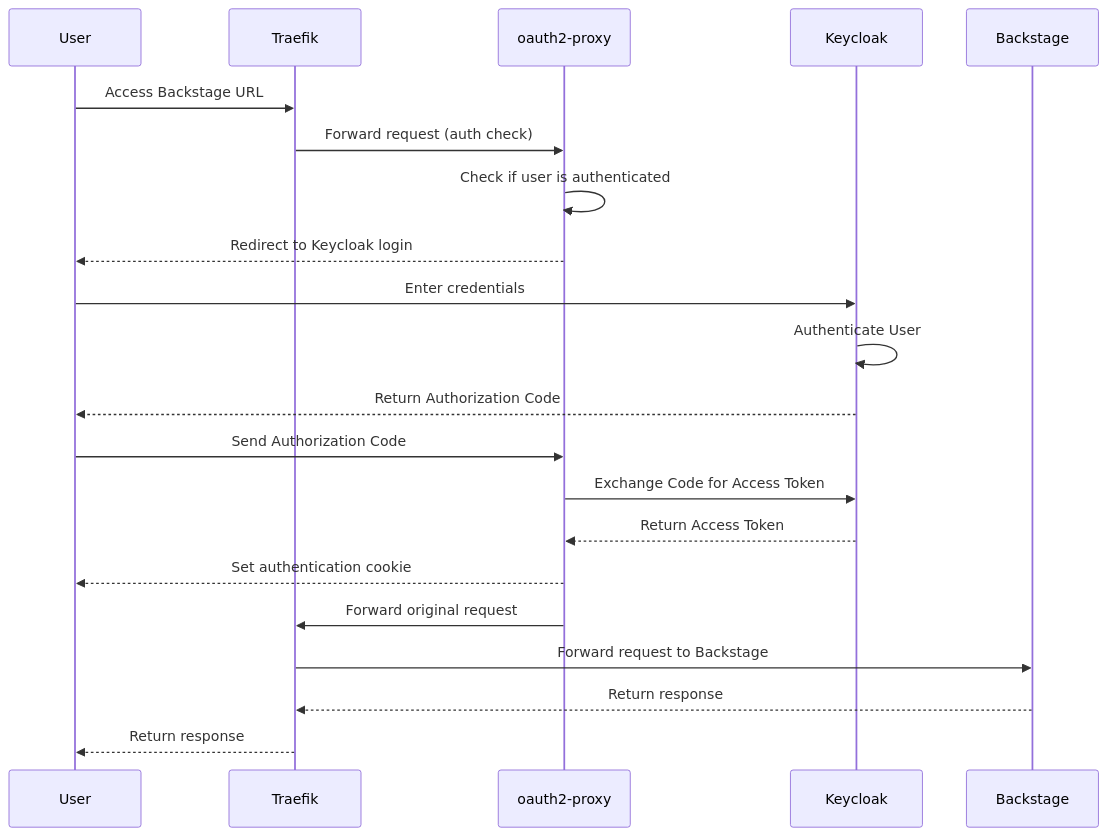
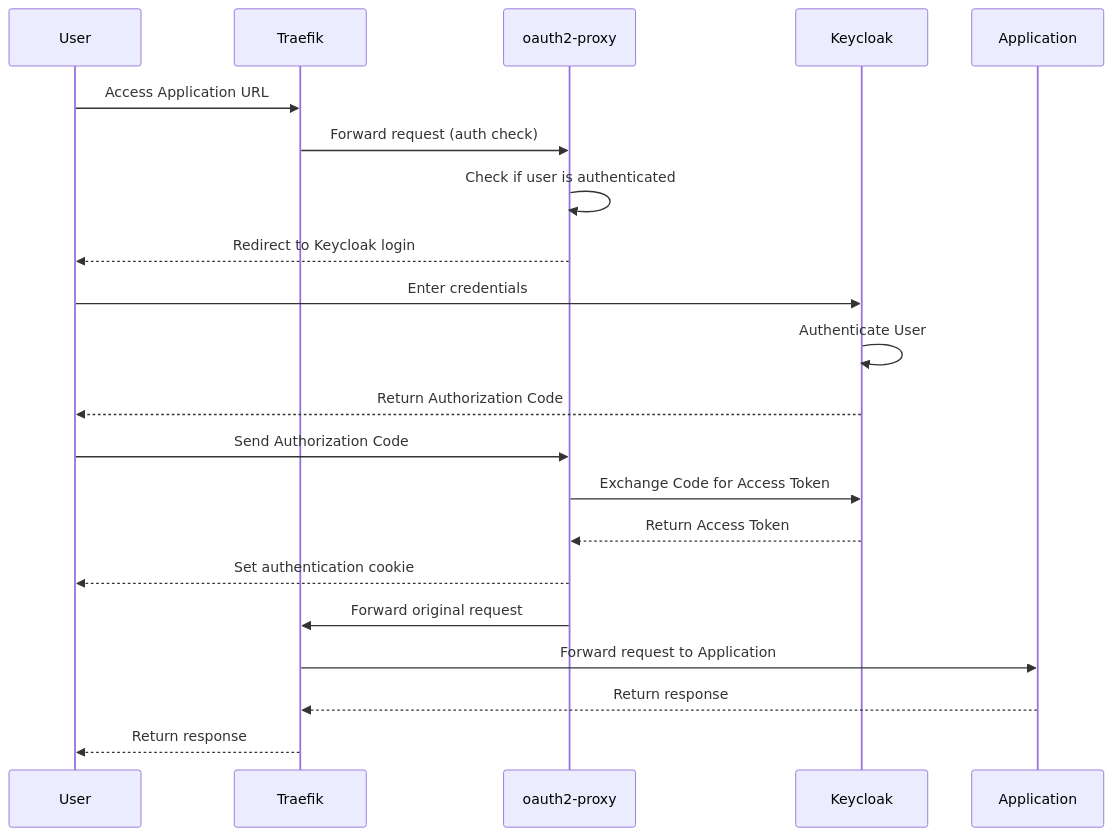
Before and after one commit to xlabs-club/xlabs-club.github.io: the second of 2 diagrams in content/blog/traefik-oauth2-proxy-keycloak/index.md, drawn with Mermaid. The commit also changed other lines of this file and 1 other file, not shown here.

Commit message:
blog: update backstage with keycloak

````diff
--- a/content/blog/traefik-oauth2-proxy-keycloak/index.md
+++ b/content/blog/traefik-oauth2-proxy-keycloak/index.md
@@ -85,24 +85,24 @@
 ```mermaid
 sequenceDiagram
     participant User
     participant Traefik
     participant oauth2-proxy
     participant Keycloak
-    participant Backstage
+    participant Application
 
-    User->>Traefik: Access Backstage URL
+    User->>Traefik: Access Application URL
     Traefik->>oauth2-proxy: Forward request (auth check)
     oauth2-proxy->>oauth2-proxy: Check if user is authenticated
     oauth2-proxy-->>User: Redirect to Keycloak login
     User->>Keycloak: Enter credentials
     Keycloak->>Keycloak: Authenticate User
     Keycloak-->>User: Return Authorization Code
     User->>oauth2-proxy: Send Authorization Code
     oauth2-proxy->>Keycloak: Exchange Code for Access Token
     Keycloak-->>oauth2-proxy: Return Access Token
     oauth2-proxy-->>User: Set authentication cookie
     oauth2-proxy->>Traefik: Forward original request
-    Traefik->>Backstage: Forward request to Backstage
-    Backstage-->>Traefik: Return response
+    Traefik->>Application: Forward request to Application
+    Application-->>Traefik: Return response
     Traefik-->>User: Return response
 ```
````
